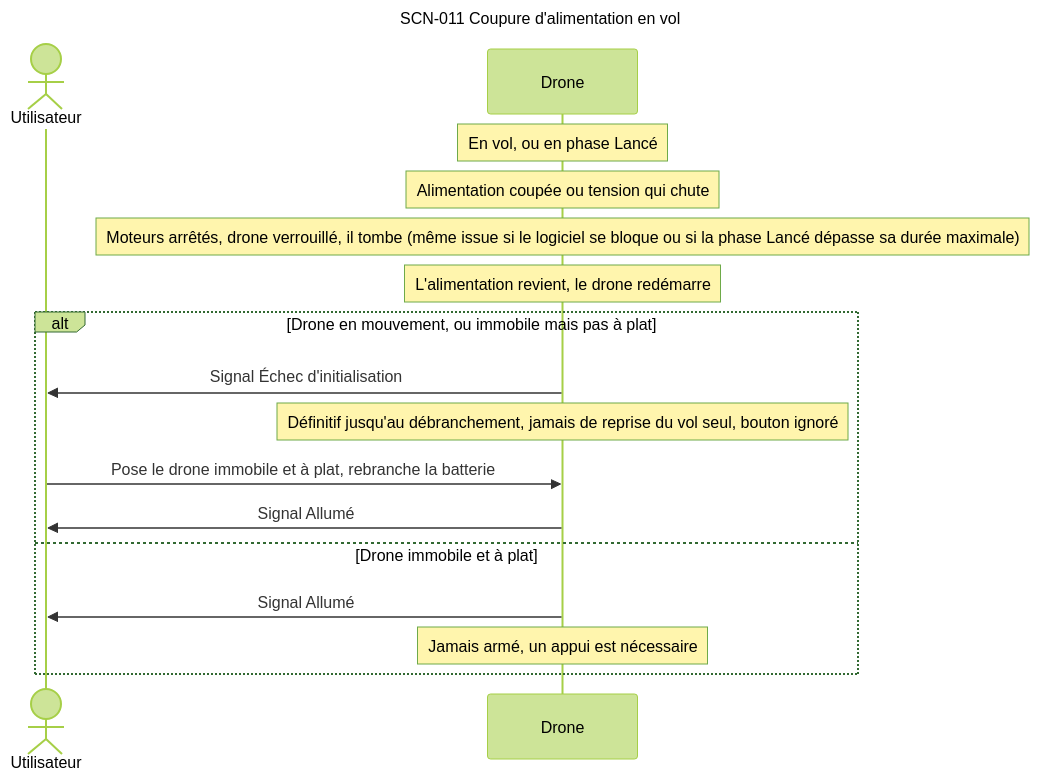
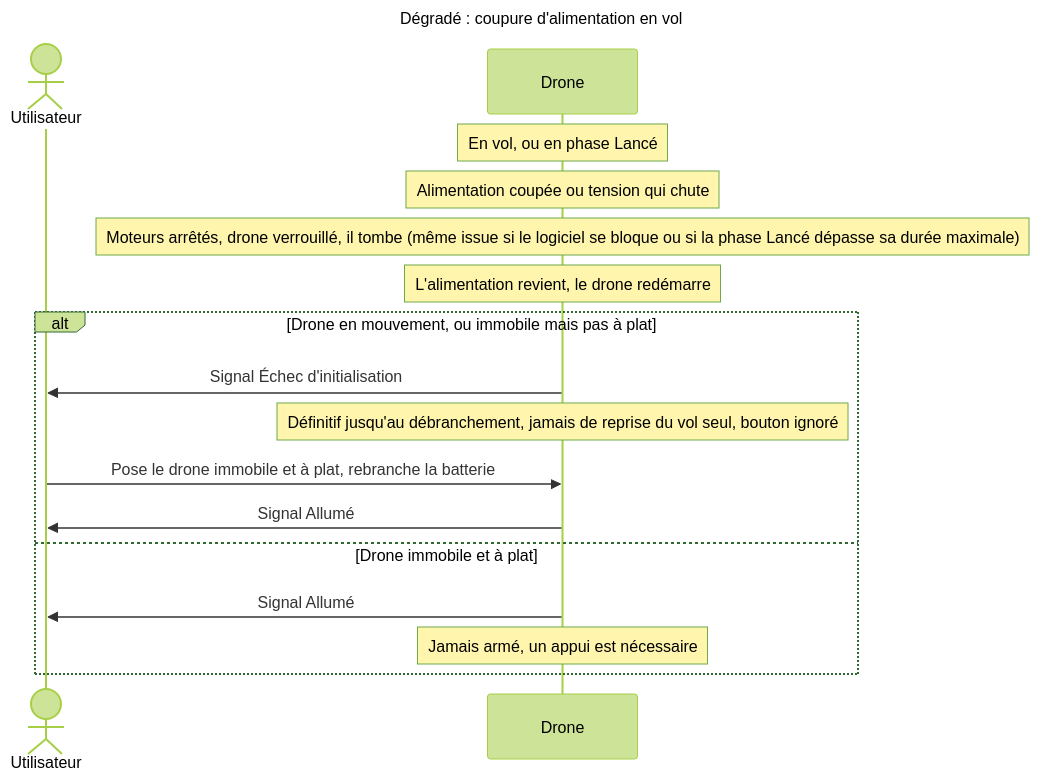
One commit to thourymatthieu-png/coworker_archi_system changed diagram 15 of 15 in projets/boomrone/00-scenarios.md. Above: the diagram before and after it, drawn with Mermaid (forest theme). The commit also changed other lines of this file and 6 other files, not shown here.

````diff
--- a/projets/boomrone/00-scenarios.md
+++ b/projets/boomrone/00-scenarios.md
@@ -772,21 +903,21 @@
 ```mermaid
 ---
-title: "SCN-011 Coupure d'alimentation en vol"
+title: "Dégradé : coupure d'alimentation en vol"
 ---
 sequenceDiagram
     actor U as Utilisateur
     participant D as Drone
     Note over D: En vol, ou en phase Lancé
     Note over D: Alimentation coupée ou tension qui chute
     Note over D: Moteurs arrêtés, drone verrouillé, il tombe (même issue si le logiciel se bloque ou si la phase Lancé dépasse sa durée maximale)
     Note over D: L'alimentation revient, le drone redémarre
     alt Drone en mouvement, ou immobile mais pas à plat
         D->>U: Signal Échec d'initialisation
         Note over D: Définitif jusqu'au débranchement, jamais de reprise du vol seul, bouton ignoré
         U->>D: Pose le drone immobile et à plat, rebranche la batterie
         D->>U: Signal Allumé
     else Drone immobile et à plat
         D->>U: Signal Allumé
         Note over D: Jamais armé, un appui est nécessaire
     end
 ```
````
